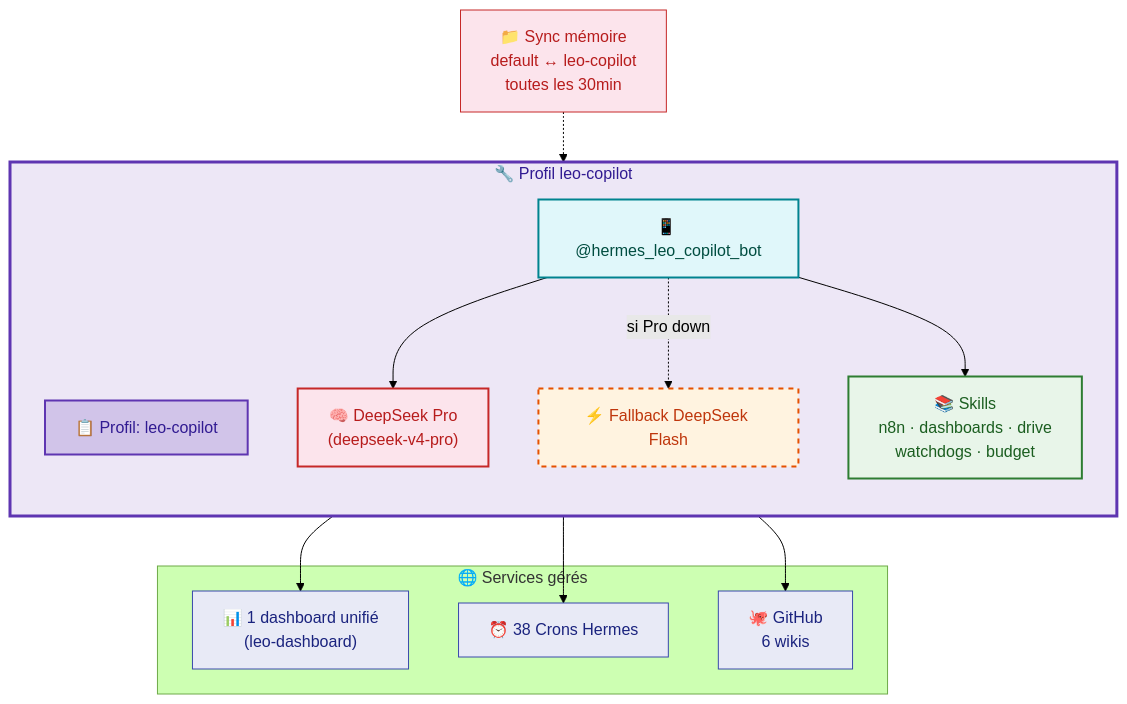
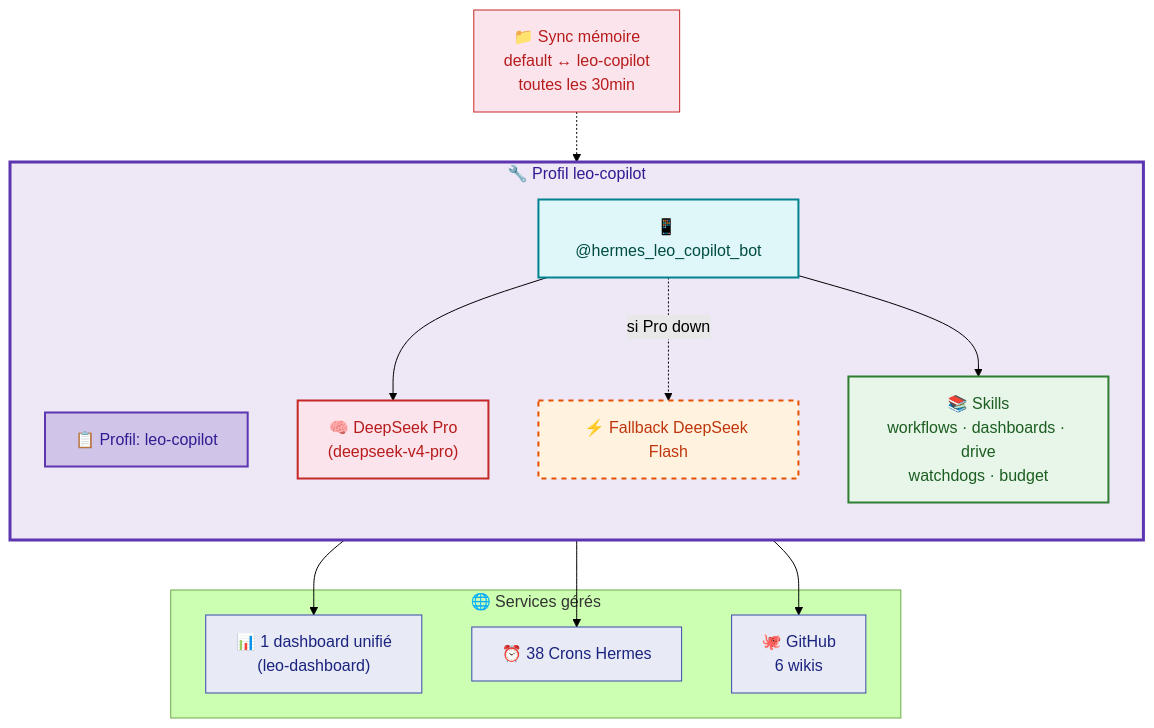
The third of 5 diagrams in docs/hermes/architecture-communication.md (christophedanhier-hash/hermes-wiki), drawn with Mermaid (forest theme) before and after one commit. The commit also changed other lines of this file, not shown here.

Commit message:
🤖 Audit: ajout bureau-robert (5e profil) + n8n→workflows + corrections Mermaid

````diff
--- a/docs/hermes/architecture-communication.md
+++ b/docs/hermes/architecture-communication.md
@@ -122,39 +135,39 @@
 ```mermaid
 flowchart TB
     subgraph COPILOT["🔧 Profil leo-copilot"]
         direction TB
         P1["📋 Profil: leo-copilot"]
         B1["📱 @hermes_leo_copilot_bot"]
         M1["🧠 DeepSeek Pro<br/>(deepseek-v4-pro)"]
         F1["⚡ Fallback DeepSeek Flash"]
-        SKILLS["📚 Skills<br/>n8n · dashboards · drive<br/>watchdogs · budget"]
+        SKILLS["📚 Skills<br/>workflows · dashboards · drive<br/>watchdogs · budget"]
     end
 
     subgraph EXTERNE["🌐 Services gérés"]
         DASH["📊 1 dashboard unifié<br/>(leo-dashboard)"]
         CRONS["⏰ 38 Crons Hermes"]
         GH["🐙 GitHub<br/>6 wikis"]
     end
 
     MEM["📁 Sync mémoire<br/>default ↔ leo-copilot<br/>toutes les 30min"]
 
     B1 --> M1
     B1 -.->|"si Pro down"| F1
     B1 --> SKILLS
     MEM -.-> P1
 
     SKILLS --> DASH
     SKILLS --> CRONS
     SKILLS --> GH
 
     style COPILOT fill:#ede7f6,stroke:#5e35b1,stroke-width:3px,color:#311b92
     style P1 fill:#d1c4e9,stroke:#5e35b1,stroke-width:2px,color:#311b92
     style B1 fill:#e0f7fa,stroke:#00838f,stroke-width:2px,color:#004d40
     style M1 fill:#fce4ec,stroke:#c62828,stroke-width:2px,color:#b71c1c
     style F1 fill:#fff3e0,stroke:#e65100,stroke-width:2px,stroke-dasharray:5,color:#bf360c
     style SKILLS fill:#e8f5e9,stroke:#2e7d32,stroke-width:2px,color:#1b5e20
     style MEM fill:#fce4ec,stroke:#c62828,color:#b71c1c
     style DASH fill:#e8eaf6,stroke:#3949ab,color:#1a237e
     style CRONS fill:#e8eaf6,stroke:#3949ab,color:#1a237e
     style GH fill:#e8eaf6,stroke:#3949ab,color:#1a237e
 ```
````
